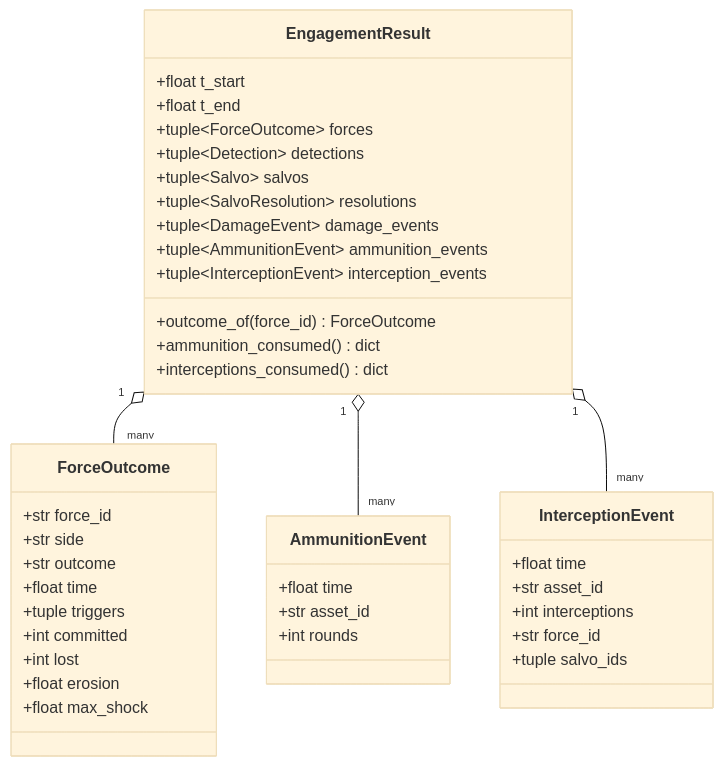
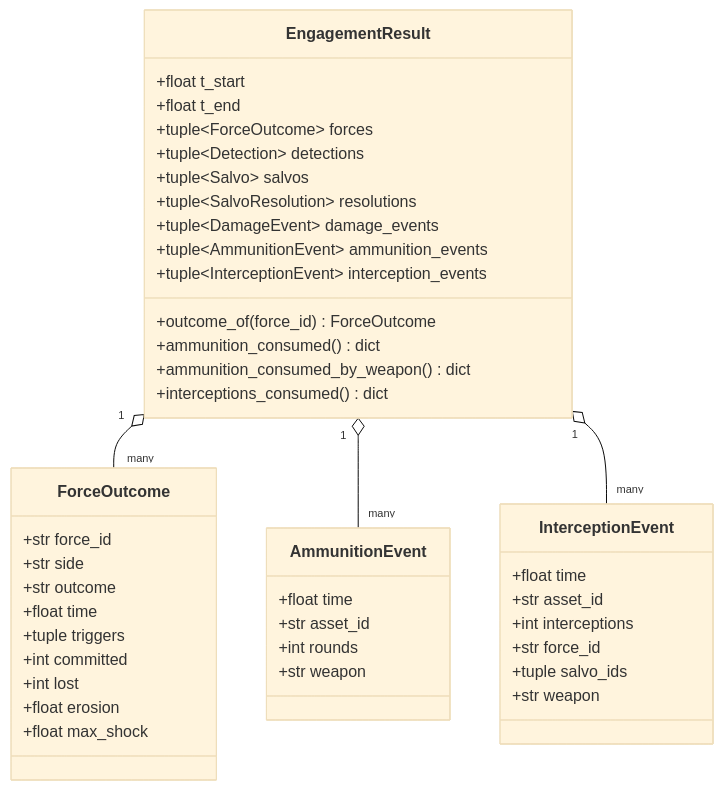
Before and after one commit to MakusIV/Warfare-Model: the second of 8 diagrams in Analysis/Document/Manuale_Motore_DES/05_Strato2_Risolutore_Ingaggio.md, drawn with Mermaid (base theme). The commit also changed other lines of this file and 8 other files, not shown here.

````diff
--- a/Analysis/Document/Manuale_Motore_DES/05_Strato2_Risolutore_Ingaggio.md
+++ b/Analysis/Document/Manuale_Motore_DES/05_Strato2_Risolutore_Ingaggio.md
@@ -265,47 +310,50 @@
 ```mermaid
 classDiagram
     class ForceOutcome {
         +str force_id
         +str side
         +str outcome
         +float time
         +tuple triggers
         +int committed
         +int lost
         +float erosion
         +float max_shock
     }
 
     class AmmunitionEvent {
         +float time
         +str asset_id
         +int rounds
+        +str weapon
     }
 
     class InterceptionEvent {
         +float time
         +str asset_id
         +int interceptions
         +str force_id
         +tuple salvo_ids
+        +str weapon
     }
 
     class EngagementResult {
         +float t_start
         +float t_end
         +tuple~ForceOutcome~ forces
         +tuple~Detection~ detections
         +tuple~Salvo~ salvos
         +tuple~SalvoResolution~ resolutions
         +tuple~DamageEvent~ damage_events
         +tuple~AmmunitionEvent~ ammunition_events
         +tuple~InterceptionEvent~ interception_events
         +outcome_of(force_id) ForceOutcome
         +ammunition_consumed() dict
+        +ammunition_consumed_by_weapon() dict
         +interceptions_consumed() dict
     }
 
     EngagementResult "1" o-- "many" ForceOutcome
     EngagementResult "1" o-- "many" AmmunitionEvent
     EngagementResult "1" o-- "many" InterceptionEvent
 ```
````
